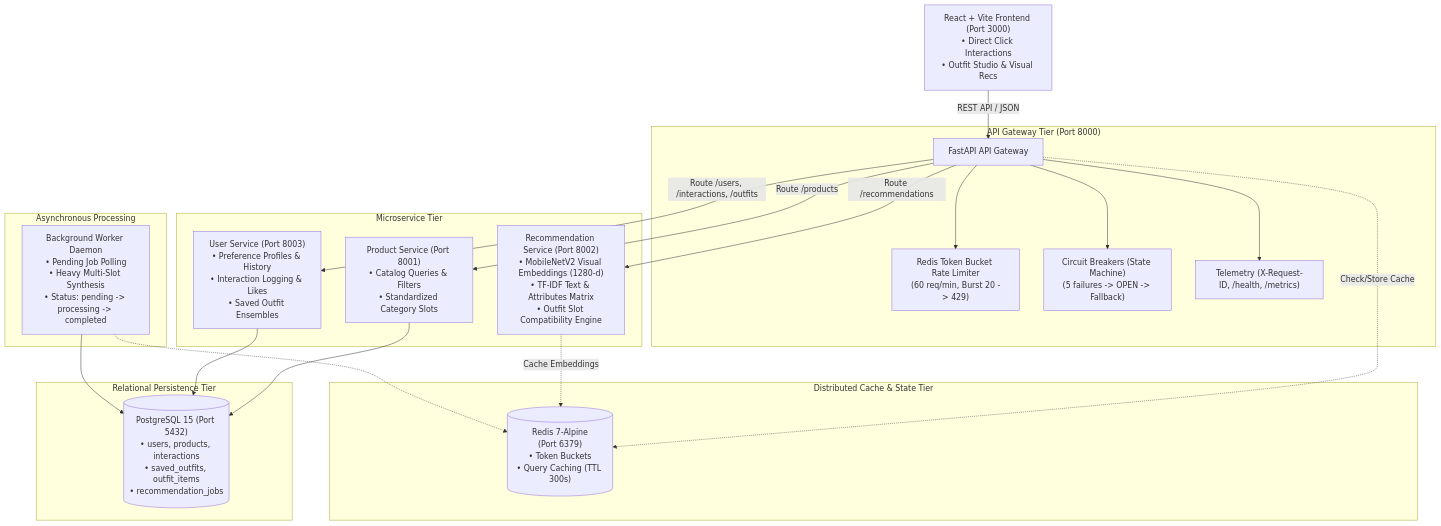
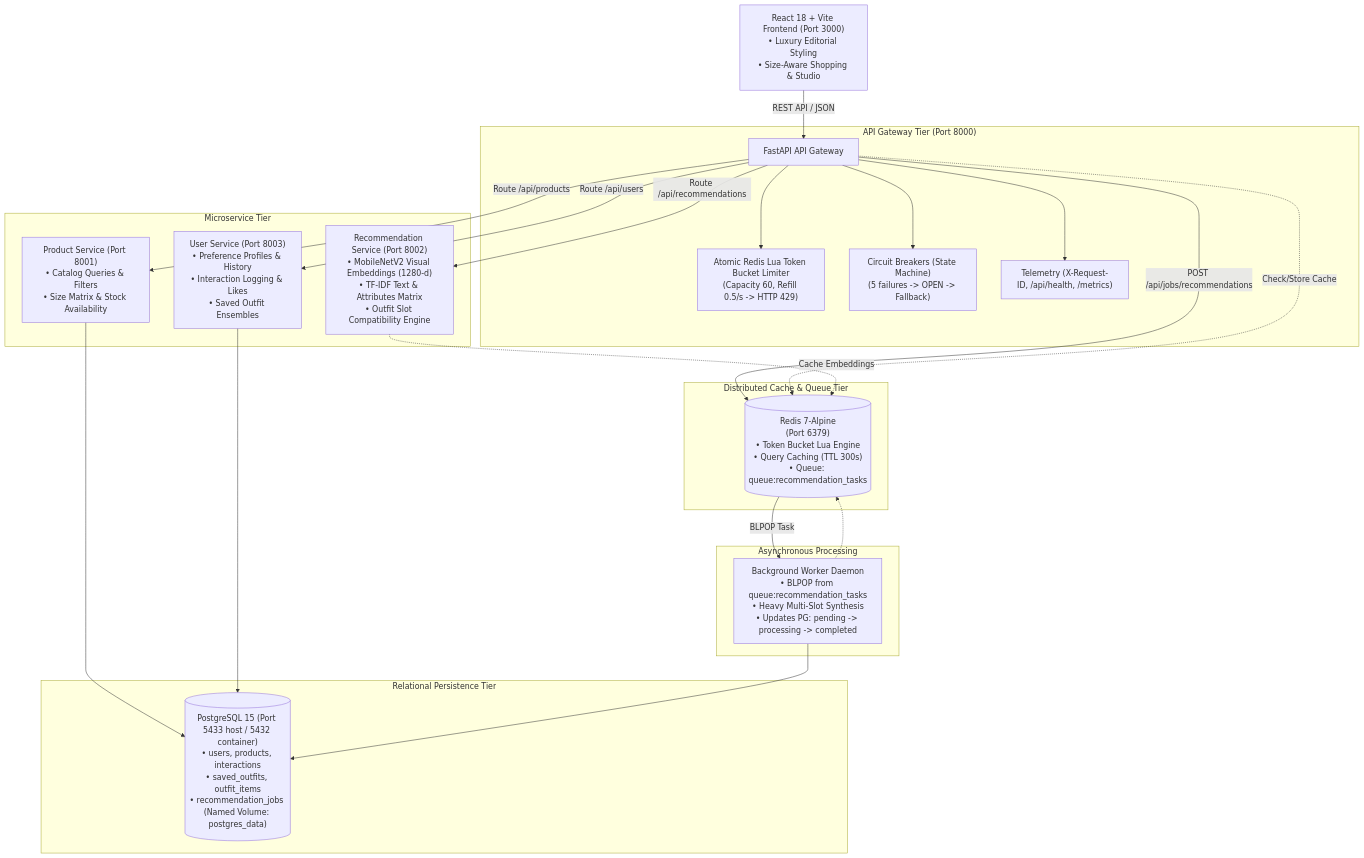
Before and after one commit to harshalgondaliya/AURA: the diagram in README.md, drawn with Mermaid. The commit also changed other lines of this file and 17 other files, not shown here.

````diff
--- a/README.md
+++ b/README.md
@@ -20,43 +33,45 @@
 ```mermaid
 flowchart TD
-    Client["React + Vite Frontend (Port 3000)<br/>• Direct Click Interactions<br/>• Outfit Studio & Visual Recs"]
+    Client["React 18 + Vite Frontend (Port 3000)<br/>• Luxury Editorial Styling<br/>• Size-Aware Shopping & Studio"]
     
     subgraph Gateway_Tier["API Gateway Tier (Port 8000)"]
         GW["FastAPI API Gateway"]
-        RL["Redis Token Bucket Rate Limiter<br/>(60 req/min, Burst 20 -> 429)"]
+        RL["Atomic Redis Lua Token Bucket Limiter<br/>(Capacity 60, Refill 0.5/s -> HTTP 429)"]
         CB["Circuit Breakers (State Machine)<br/>(5 failures -> OPEN -> Fallback)"]
-        Obs["Telemetry (X-Request-ID, /health, /metrics)"]
+        Obs["Telemetry (X-Request-ID, /api/health, /metrics)"]
         GW --> RL
         GW --> CB
         GW --> Obs
     end
 
-    subgraph Cache_And_Broker["Distributed Cache & State Tier"]
-        Redis[("Redis 7-Alpine<br/>(Port 6379)<br/>• Token Buckets<br/>• Query Caching (TTL 300s)")]
+    subgraph Cache_And_Broker["Distributed Cache & Queue Tier"]
+        Redis[("Redis 7-Alpine<br/>(Port 6379)<br/>• Token Bucket Lua Engine<br/>• Query Caching (TTL 300s)<br/>• Queue: queue:recommendation_tasks")]
     end
 
     subgraph Service_Tier["Microservice Tier"]
-        PS["Product Service (Port 8001)<br/>• Catalog Queries & Filters<br/>• Standardized Category Slots"]
+        PS["Product Service (Port 8001)<br/>• Catalog Queries & Filters<br/>• Size Matrix & Stock Availability"]
         RS["Recommendation Service (Port 8002)<br/>• MobileNetV2 Visual Embeddings (1280-d)<br/>• TF-IDF Text & Attributes Matrix<br/>• Outfit Slot Compatibility Engine"]
         US["User Service (Port 8003)<br/>• Preference Profiles & History<br/>• Interaction Logging & Likes<br/>• Saved Outfit Ensembles"]
     end
 
     subgraph Storage_Tier["Relational Persistence Tier"]
-        PG[("PostgreSQL 15 (Port 5432)<br/>• users, products, interactions<br/>• saved_outfits, outfit_items<br/>• recommendation_jobs")]
+        PG[("PostgreSQL 15 (Port 5433 host / 5432 container)<br/>• users, products, interactions<br/>• saved_outfits, outfit_items<br/>• recommendation_jobs (Named Volume: postgres_data)")]
     end
 
     subgraph Worker_Tier["Asynchronous Processing"]
-        Worker["Background Worker Daemon<br/>• Pending Job Polling<br/>• Heavy Multi-Slot Synthesis<br/>• Status: pending -> processing -> completed"]
+        Worker["Background Worker Daemon<br/>• BLPOP from queue:recommendation_tasks<br/>• Heavy Multi-Slot Synthesis<br/>• Updates PG: pending -> processing -> completed"]
     end
 
     Client -->|REST API / JSON| GW
-    GW -->|Route /products| PS
-    GW -->|Route /recommendations| RS
-    GW -->|Route /users, /interactions, /outfits| US
+    GW -->|Route /api/products| PS
+    GW -->|Route /api/recommendations| RS
+    GW -->|Route /api/users| US
+    GW -->|POST /api/jobs/recommendations| Redis
     GW -.->|Check/Store Cache| Redis
     PS --> PG
     US --> PG
     RS -.->|Cache Embeddings| Redis
+    Redis -->|BLPOP Task| Worker
     Worker --> PG
     Worker -.-> Redis
 ```
````
